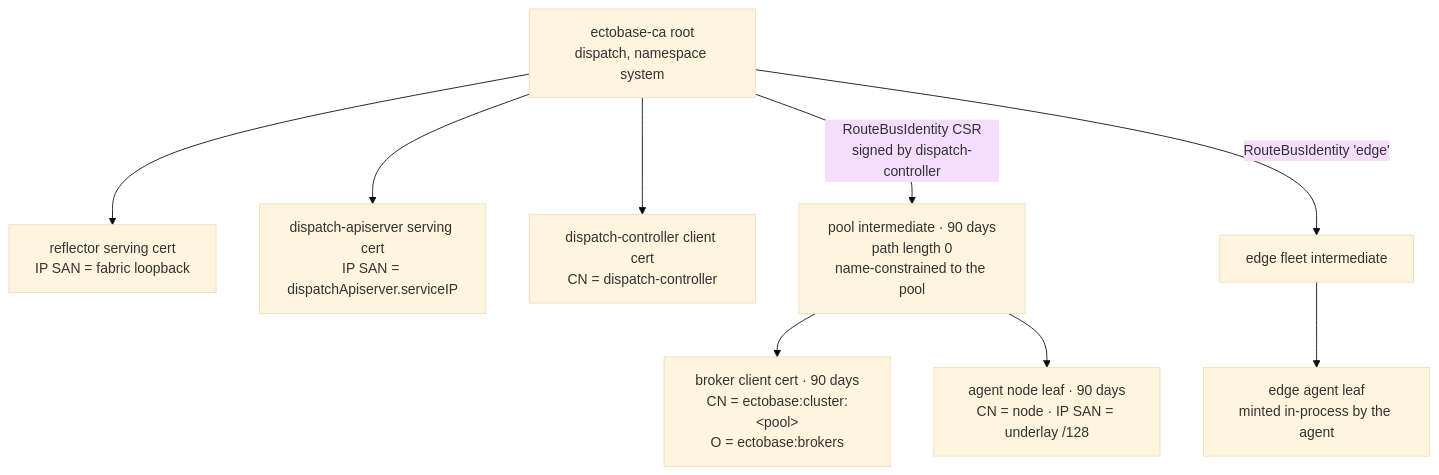
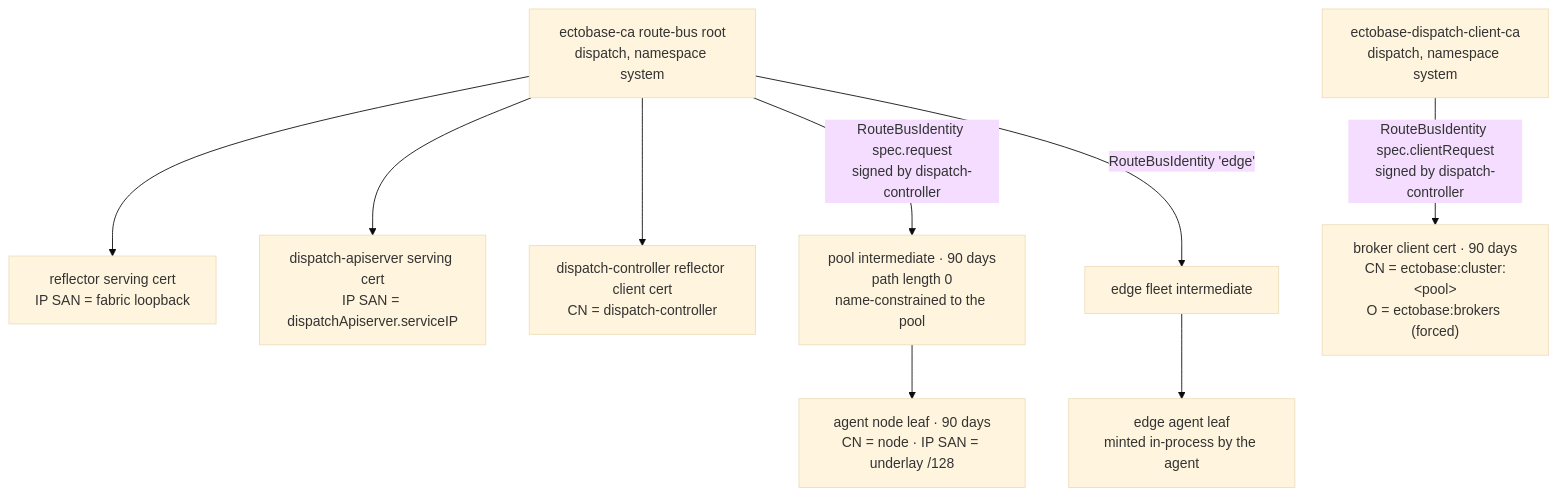
The third of 4 diagrams in docs/architecture/overview.md (trevex/ectobase), drawn with Mermaid (base theme) before and after one commit. The commit also changed other lines of this file and 4 other files, not shown here.

First line of the commit message:
docs: two roots, and a broker's dispatch credential from the client CA

````diff
--- a/docs/architecture/overview.md
+++ b/docs/architecture/overview.md
@@ -176,12 +189,13 @@
 ```mermaid
 flowchart TB
-    root["ectobase-ca root<br>dispatch, namespace system"]
+    root["ectobase-ca route-bus root<br>dispatch, namespace system"]
     root --> rsrv["reflector serving cert<br>IP SAN = fabric loopback"]
     root --> dsrv["dispatch-apiserver serving cert<br>IP SAN = dispatchApiserver.serviceIP"]
-    root --> dctl["dispatch-controller client cert<br>CN = dispatch-controller"]
-    root -->|"RouteBusIdentity CSR<br>signed by dispatch-controller"| inter["pool intermediate · 90 days<br>path length 0<br>name-constrained to the pool"]
+    root --> dctl["dispatch-controller reflector client cert<br>CN = dispatch-controller"]
+    root -->|"RouteBusIdentity spec.request<br>signed by dispatch-controller"| inter["pool intermediate · 90 days<br>path length 0<br>name-constrained to the pool"]
     root -->|"RouteBusIdentity 'edge'"| einter["edge fleet intermediate"]
-    inter --> bcert["broker client cert · 90 days<br>CN = ectobase:cluster:&lt;pool&gt;<br>O = ectobase:brokers"]
     inter --> ncert["agent node leaf · 90 days<br>CN = node · IP SAN = underlay /128"]
     einter --> ecert["edge agent leaf<br>minted in-process by the agent"]
+    croot["ectobase-dispatch-client-ca<br>dispatch, namespace system"]
+    croot -->|"RouteBusIdentity spec.clientRequest<br>signed by dispatch-controller"| bcert["broker client cert · 90 days<br>CN = ectobase:cluster:&lt;pool&gt;<br>O = ectobase:brokers (forced)"]
 ```
````
